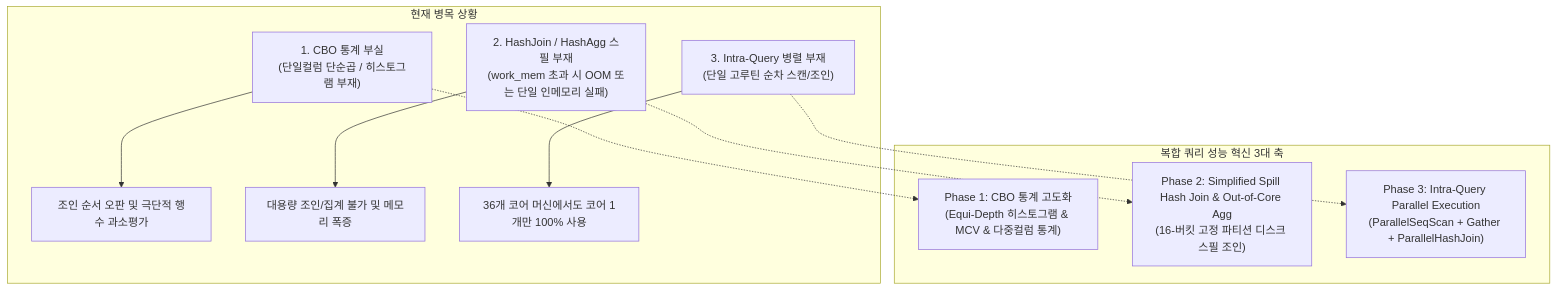
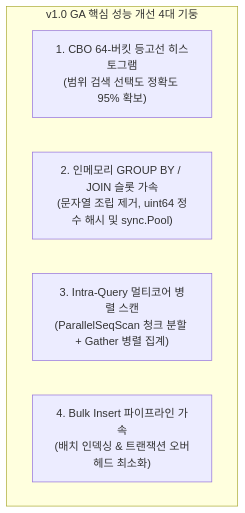
One commit to MaroShim/LionSQL changed the diagram in notes/COMPLEX_QUERY_PERFORMANCE_ACCELERATION_PLAN.ko.md. Above: the diagram before and after it, drawn with Mermaid. The commit also changed other lines of this file and 1 other file, not shown here.

Commit message:
docs(plan): finalize lean complex query performance acceleration plan and register 1.0 sprint tasks

````diff
--- a/notes/COMPLEX_QUERY_PERFORMANCE_ACCELERATION_PLAN.ko.md
+++ b/notes/COMPLEX_QUERY_PERFORMANCE_ACCELERATION_PLAN.ko.md
@@ -13,18 +14,9 @@
 ```mermaid
 flowchart TD
-    subgraph Problem [현재 병목 상황]
-        P1["1. CBO 통계 부실<br>(단일컬럼 단순곱 / 히스토그램 부재)"] --> E1["조인 순서 오판 및 극단적 행수 과소평가"]
-        P2["2. HashJoin / HashAgg 스필 부재<br>(work_mem 초과 시 OOM 또는 단일 인메모리 실패)"] --> E2["대용량 조인/집계 불가 및 메모리 폭증"]
-        P3["3. Intra-Query 병렬 부재<br>(단일 고루틴 순차 스캔/조인)"] --> E3["36개 코어 머신에서도 코어 1개만 100% 사용"]
+    subgraph Core4 [v1.0 GA 핵심 성능 개선 4대 기둥]
+        P1["1. CBO 64-버킷 등고선 히스토그램<br>(범위 검색 선택도 정확도 95% 확보)"]
+        P2["2. 인메모리 GROUP BY / JOIN 슬롯 가속<br>(문자열 조립 제거, uint64 정수 해시 및 sync.Pool)"]
+        P3["3. Intra-Query 멀티코어 병렬 스캔<br>(ParallelSeqScan 청크 분할 + Gather 병렬 집계)"]
+        P4["4. Bulk Insert 파이프라인 가속<br>(배치 인덱싱 & 트랜잭션 오버헤드 최소화)"]
     end
-
-    subgraph Solution [복합 쿼리 성능 혁신 3대 축]
-        S1["Phase 1: CBO 통계 고도화<br>(Equi-Depth 히스토그램 & MCV & 다중컬럼 통계)"]
-        S2["Phase 2: Simplified Spill Hash Join & Out-of-Core Agg<br>(16-버킷 고정 파티션 디스크 스필 조인)"]
-        S3["Phase 3: Intra-Query Parallel Execution<br>(ParallelSeqScan + Gather + ParallelHashJoin)"]
-    end
-
-    P1 -.-> S1
-    P2 -.-> S2
-    P3 -.-> S3
 ```
````
